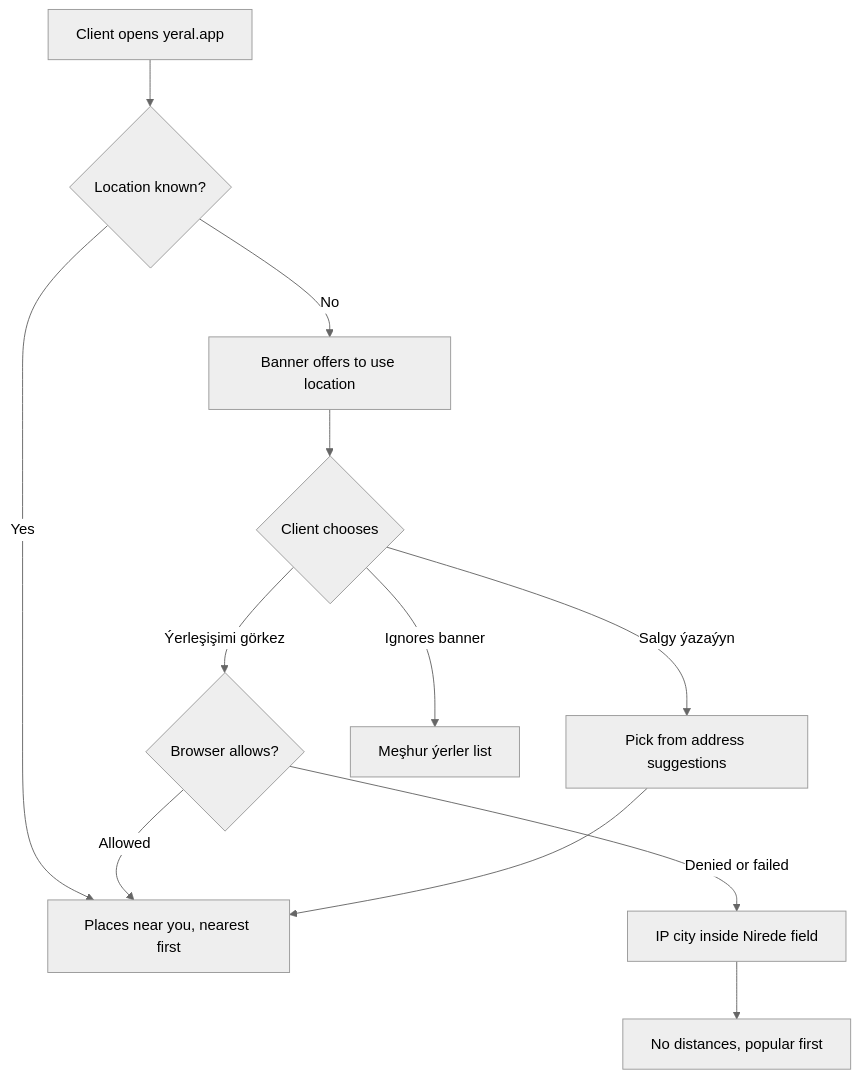
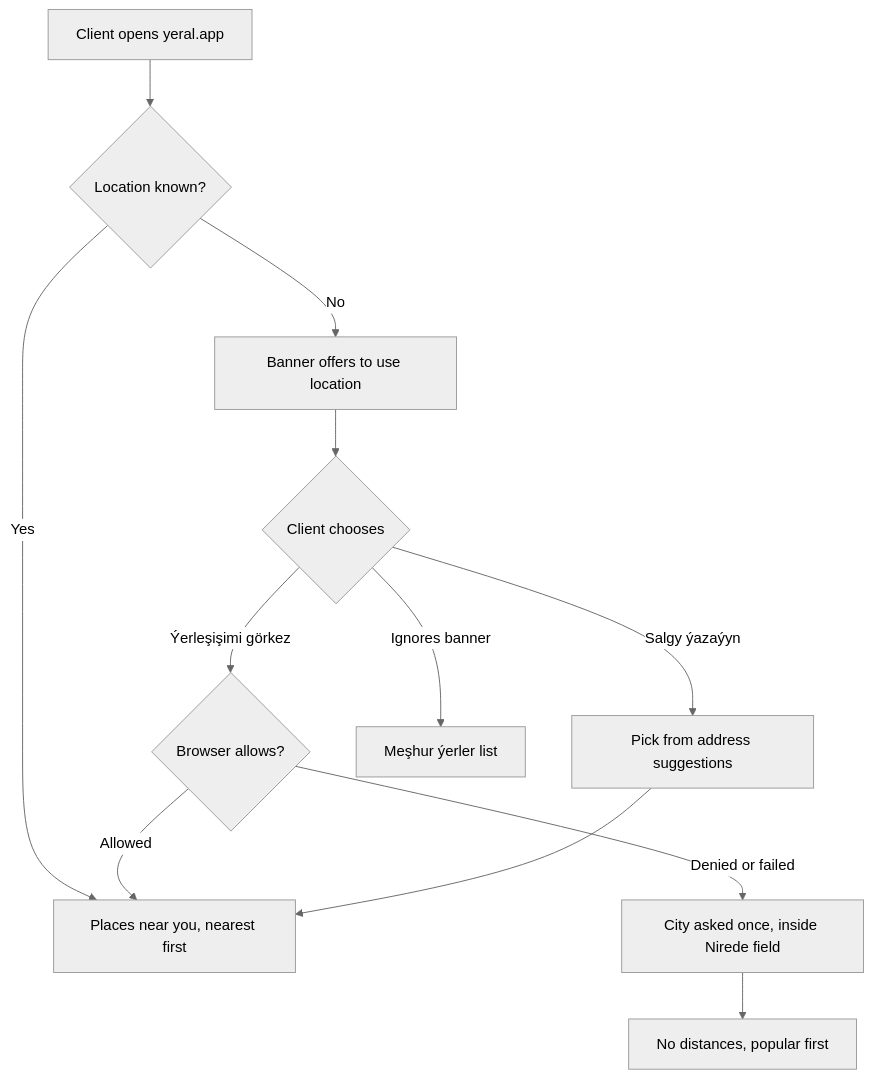
One commit to azamatos/yeral changed the second of 50 diagrams in docs/product/07a-flows-client.md. Above: the diagram before and after it, drawn with Mermaid (neutral theme). The commit also changed other lines of this file and 21 other files, not shown here.

````diff
--- a/docs/product/07a-flows-client.md
+++ b/docs/product/07a-flows-client.md
@@ -67,14 +68,14 @@
 ```mermaid
 flowchart TD
   A["Client opens yeral.app"] --> B{"Location known?"}
   B -->|"Yes"| H["Places near you, nearest first"]
   B -->|"No"| C["Banner offers to use location"]
   C --> D{"Client chooses"}
   D -->|"Ýerleşişimi görkez"| F{"Browser allows?"}
   F -->|"Allowed"| H
-  F -->|"Denied or failed"| G["IP city inside Nirede field"]
+  F -->|"Denied or failed"| G["City asked once, inside Nirede field"]
   G --> I["No distances, popular first"]
   D -->|"Salgy ýazaýyn"| E["Pick from address suggestions"]
   E --> H
   D -->|"Ignores banner"| J["Meşhur ýerler list"]
 ```
````
